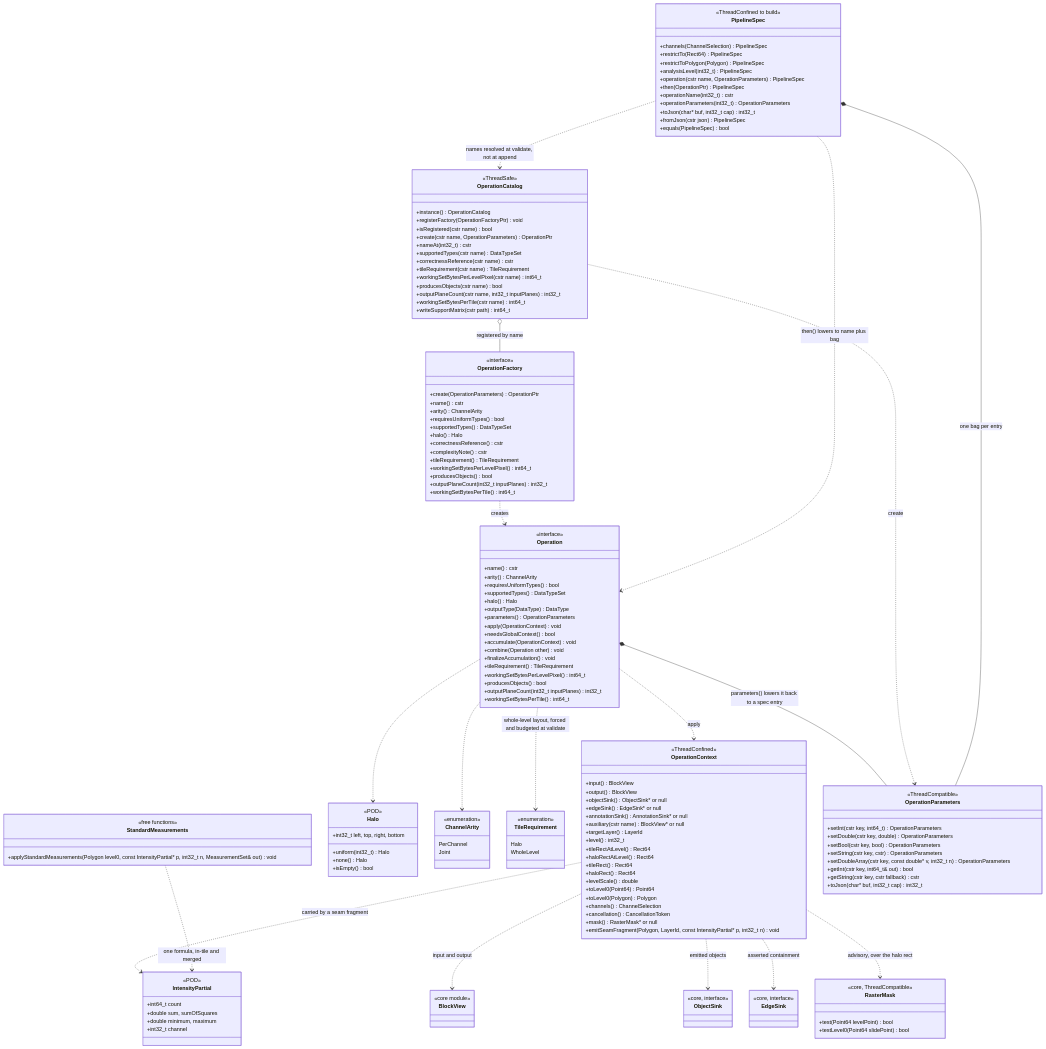
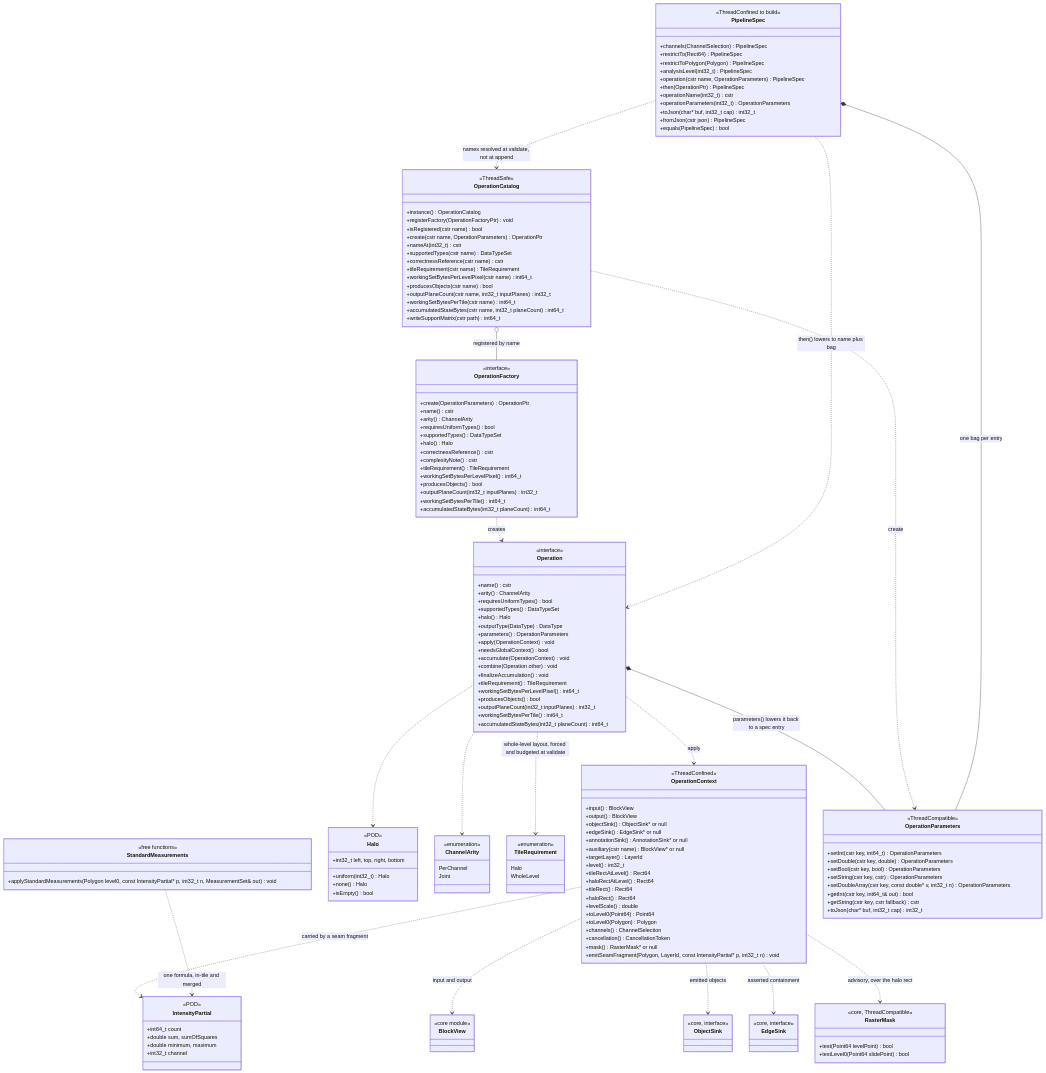
Before and after one commit to Booritas/slideio-processor: the tenth of 14 diagrams in docs/superpowers/specs/sds/08-class-diagrams.md, drawn with Mermaid. The commit also changed other lines of this file and 5 other files, not shown here.

```diff
--- a/docs/superpowers/specs/sds/08-class-diagrams.md
+++ b/docs/superpowers/specs/sds/08-class-diagrams.md
@@ -1228,6 +1228,7 @@
         +producesObjects() bool
         +outputPlaneCount(int32_t inputPlanes) int32_t
         +workingSetBytesPerTile() int64_t
+        +accumulatedStateBytes(int32_t planeCount) int64_t
     }
 
     class OperationContext {
@@ -1319,6 +1320,7 @@
         +producesObjects() bool
         +outputPlaneCount(int32_t inputPlanes) int32_t
         +workingSetBytesPerTile() int64_t
+        +accumulatedStateBytes(int32_t planeCount) int64_t
     }
 
     class OperationCatalog {
@@ -1335,6 +1337,7 @@
         +producesObjects(cstr name) bool
         +outputPlaneCount(cstr name, int32_t inputPlanes) int32_t
         +workingSetBytesPerTile(cstr name) int64_t
+        +accumulatedStateBytes(cstr name, int32_t planeCount) int64_t
         +writeSupportMatrix(cstr path) int64_t
     }
 
```
